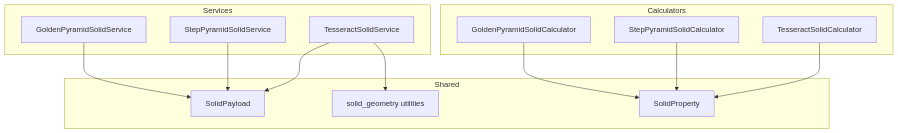
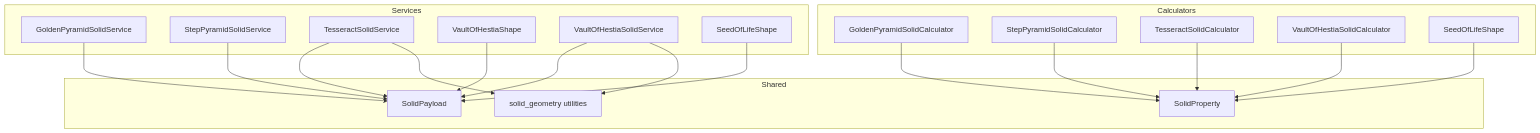
One commit to TheDaniel166/IsopGem changed the first of 9 diagrams in .qoder/repowiki/en/content/API Reference/Geometry API/Advanced Geometry API/Sacred Geometry Constructs API.md. Above: the diagram before and after it, drawn with Mermaid. The commit also changed other lines of this file and 29 other files, not shown here.

````diff
--- a/.qoder/repowiki/en/content/API Reference/Geometry API/Advanced Geometry API/Sacred Geometry Constructs API.md
+++ b/.qoder/repowiki/en/content/API Reference/Geometry API/Advanced Geometry API/Sacred Geometry Constructs API.md
@@ -39,25 +58,36 @@
 ```mermaid
 graph TB
 subgraph "Services"
 G["GoldenPyramidSolidService"]
 S["StepPyramidSolidService"]
 T["TesseractSolidService"]
+V2["VaultOfHestiaShape"]
+V3["VaultOfHestiaSolidService"]
+L["SeedOfLifeShape"]
 end
 subgraph "Calculators"
 GC["GoldenPyramidSolidCalculator"]
 SC["StepPyramidSolidCalculator"]
 TC["TesseractSolidCalculator"]
+VC["VaultOfHestiaSolidCalculator"]
+LC["SeedOfLifeShape"]
 end
 subgraph "Shared"
 SP["SolidPayload"]
 SG["solid_geometry utilities"]
 PROP["SolidProperty"]
 end
 G --> SP
 S --> SP
 T --> SP
+V3 --> SP
+V2 --> SP
+L --> SP
 GC --> PROP
 SC --> PROP
 TC --> PROP
+VC --> PROP
+LC --> PROP
 T --> SG
+V3 --> SG
 ```
````
